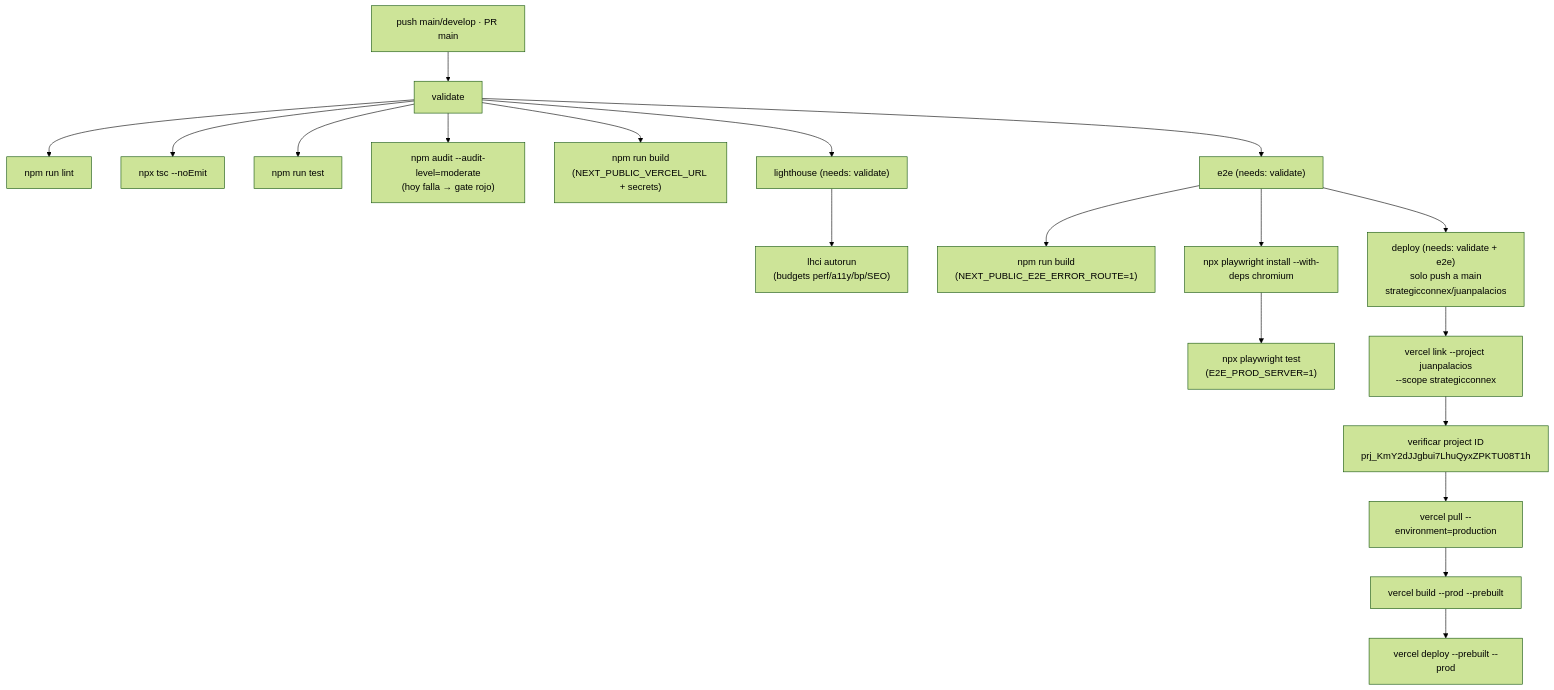
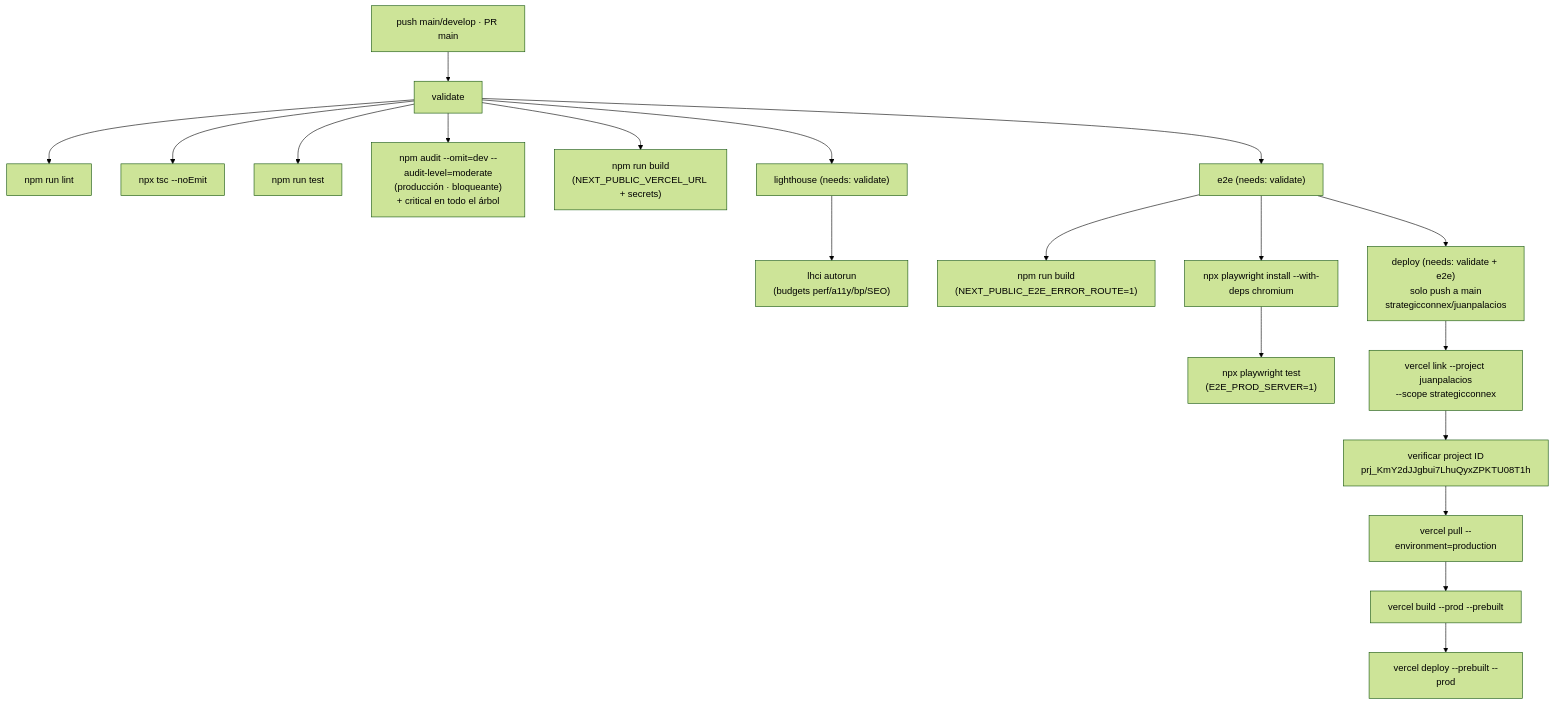
Before and after one commit to StrategicConnex/Portfolio-app: the fifth of 5 diagrams in README.md, drawn with Mermaid (forest theme). The commit also changed other lines of this file and 4 other files, not shown here.

First line of the commit message:
fix(deps): cierra el gate de npm audit por exposicion real

````diff
--- a/README.md
+++ b/README.md
@@ -589,41 +591,41 @@
 ```mermaid
 flowchart TD
     Trigger["push main/develop · PR main"]
     Validate["validate"]
     LH["lighthouse (needs: validate)"]
     E2E["e2e (needs: validate)"]
     Deploy["deploy (needs: validate + e2e)<br/>solo push a main<br/>strategicconnex/juanpalacios"]
     Lint["npm run lint"]
     TC["npx tsc --noEmit"]
     Test["npm run test"]
-    Audit["npm audit --audit-level=moderate<br/>(hoy falla → gate rojo)"]
+    Audit["npm audit --omit=dev --audit-level=moderate<br/>(producción · bloqueante)<br/>+ critical en todo el árbol"]
     Build["npm run build<br/>(NEXT_PUBLIC_VERCEL_URL + secrets)"]
     LHCli["lhci autorun<br/>(budgets perf/a11y/bp/SEO)"]
     EBuild["npm run build<br/>(NEXT_PUBLIC_E2E_ERROR_ROUTE=1)"]
     Install["npx playwright install --with-deps chromium"]
     PW["npx playwright test<br/>(E2E_PROD_SERVER=1)"]
     VLink["vercel link --project juanpalacios<br/>--scope strategicconnex"]
     VCheck["verificar project ID<br/>prj_KmY2dJJgbui7LhuQyxZPKTU08T1h"]
     VPull["vercel pull --environment=production"]
     VBuild["vercel build --prod --prebuilt"]
     VDeploy["vercel deploy --prebuilt --prod"]
 
     Trigger --> Validate
     Validate --> Lint
     Validate --> TC
     Validate --> Test
     Validate --> Audit
     Validate --> Build
     Validate --> LH
     Validate --> E2E
     LH --> LHCli
     E2E --> EBuild
     E2E --> Install
     Install --> PW
     E2E --> Deploy
     Deploy --> VLink
     VLink --> VCheck
     VCheck --> VPull
     VPull --> VBuild
     VBuild --> VDeploy
 ```
````
